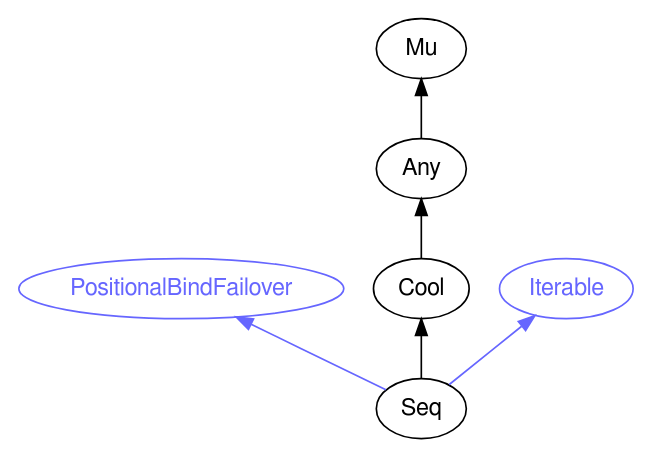
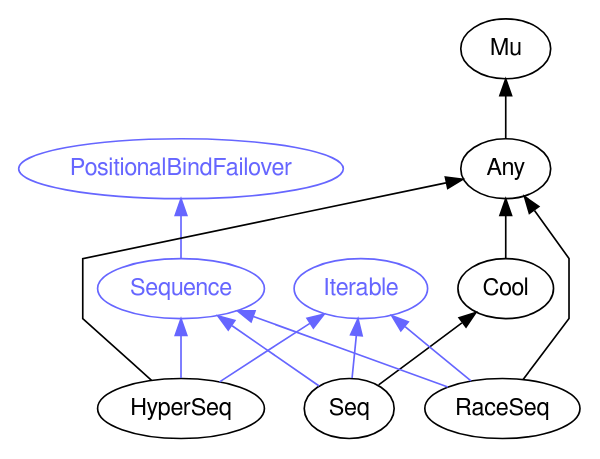
Before and after one commit to rakudocs/rakudocs.github.io: the diagram in images/type-graph-PositionalBindFailover.svg.dot, drawn with Graphviz. The commit also changed 863 other files, not shown here.

```diff
--- a/images/type-graph-PositionalBindFailover.svg.dot
+++ b/images/type-graph-PositionalBindFailover.svg.dot
@@ -1,21 +1,31 @@
 digraph "perl6-type-graph" {
     rankdir=BT;
     splines=polyline;
     overlap=false; 
     // Types
     "PositionalBindFailover" [color="#6666FF", fontcolor="#6666FF", href="/type/PositionalBindFailover", fontname="FreeSans"];
+    "Sequence" [color="#6666FF", fontcolor="#6666FF", href="/type/Sequence", fontname="FreeSans"];
     "Mu" [color="#000000", fontcolor="#000000", href="/type/Mu", fontname="FreeSans"];
     "Any" [color="#000000", fontcolor="#000000", href="/type/Any", fontname="FreeSans"];
     "Cool" [color="#000000", fontcolor="#000000", href="/type/Cool", fontname="FreeSans"];
     "Iterable" [color="#6666FF", fontcolor="#6666FF", href="/type/Iterable", fontname="FreeSans"];
     "Seq" [color="#000000", fontcolor="#000000", href="/type/Seq", fontname="FreeSans"];
+    "RaceSeq" [color="#000000", fontcolor="#000000", href="/type/RaceSeq", fontname="FreeSans"];
+    "HyperSeq" [color="#000000", fontcolor="#000000", href="/type/HyperSeq", fontname="FreeSans"];
 
     // Superclasses
     "Any" -> "Mu" [color="#000000"];
     "Cool" -> "Any" [color="#000000"];
     "Seq" -> "Cool" [color="#000000"];
+    "RaceSeq" -> "Any" [color="#000000"];
+    "HyperSeq" -> "Any" [color="#000000"];
 
     // Roles
+    "Sequence" -> "PositionalBindFailover" [color="#6666FF"];
     "Seq" -> "Iterable" [color="#6666FF"];
-    "Seq" -> "PositionalBindFailover" [color="#6666FF"];
+    "Seq" -> "Sequence" [color="#6666FF"];
+    "RaceSeq" -> "Iterable" [color="#6666FF"];
+    "RaceSeq" -> "Sequence" [color="#6666FF"];
+    "HyperSeq" -> "Iterable" [color="#6666FF"];
+    "HyperSeq" -> "Sequence" [color="#6666FF"];
 }
```
